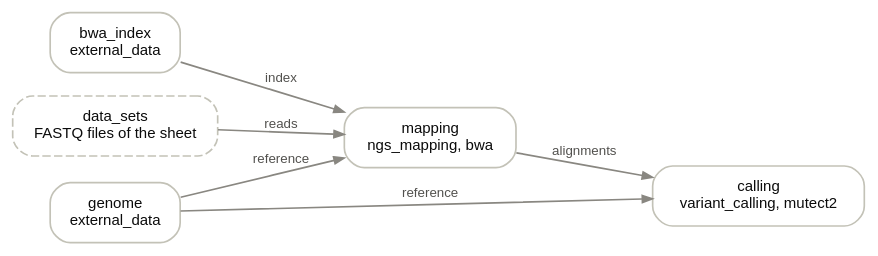
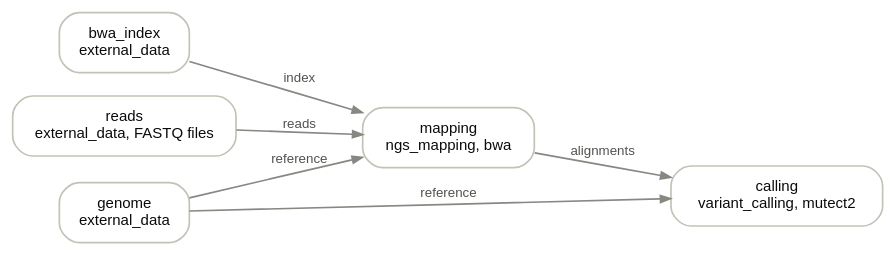
One commit to bihealth/snappy-pipeline changed the diagram in docs/quickstart.md. Above: the diagram before and after it, drawn with Graphviz. The commit also changed other lines of this file and 153 other files, not shown here.

````diff
--- a/docs/quickstart.md
+++ b/docs/quickstart.md
@@ -132,17 +129,17 @@
 ```{graphviz}
 digraph {
     rankdir=LR; bgcolor="transparent"; nodesep=0.2; ranksep=0.5;
     node [shape=box, style="rounded,filled", fillcolor="#ffffff", color="#c3c2b7", fontname="Helvetica", fontsize=9, fontcolor="#0b0b0b"];
     edge [color="#898781", arrowsize=0.6, fontname="Helvetica", fontsize=8, fontcolor="#52514e"];
-    data_sets [label="data_sets\nFASTQ files of the sheet", style="rounded,dashed"];
+    reads [label="reads\nexternal_data, FASTQ files"];
     genome [label="genome\nexternal_data"];
     bwa_index [label="bwa_index\nexternal_data"];
     mapping [label="mapping\nngs_mapping, bwa"];
     calling [label="calling\nvariant_calling, mutect2"];
-    data_sets -> mapping [label="reads"];
+    reads -> mapping [label="reads"];
     genome -> mapping [label="reference"];
     bwa_index -> mapping [label="index"];
     mapping -> calling [label="alignments"];
     genome -> calling [label="reference"];
 }
 ```
````
